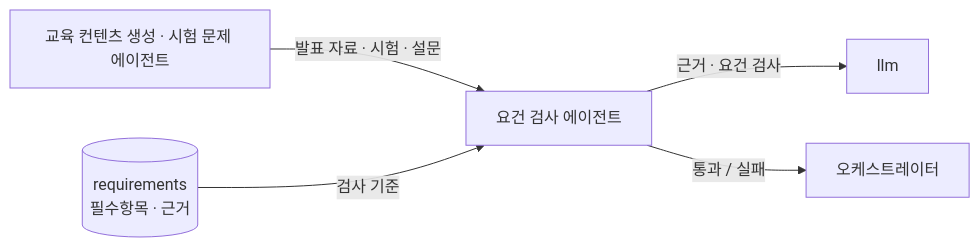
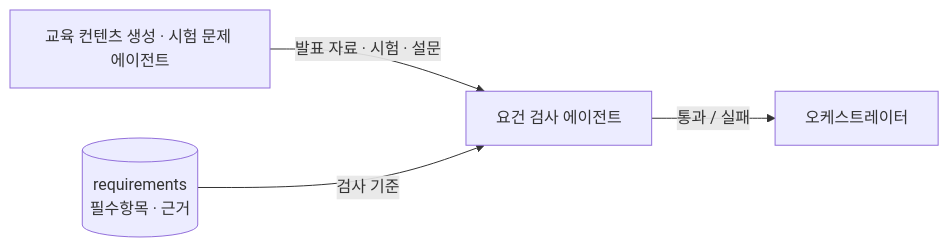
One commit to Doc-AI-Agent-development/Doc-AI-Agent-development.github.io changed the first of 2 diagrams in docs/agents/requirement_check.md. Above: the diagram before and after it, drawn with Mermaid. The commit also changed other lines of this file and 3 other files, not shown here.

First line of the commit message:
Refine 4 agent diagrams and wording

````diff
--- a/docs/agents/requirement_check.md
+++ b/docs/agents/requirement_check.md
@@ -25,7 +25,6 @@
 ```mermaid
 flowchart LR
     GEN["교육 컨텐츠 생성 · 시험 문제 에이전트"] -->|"발표 자료 · 시험 · 설문"| SVC["요건 검사 에이전트"]
     REQ[("requirements<br/>필수항목 · 근거")] -->|"검사 기준"| SVC
-    SVC -->|"근거 · 요건 검사"| LLM["llm"]
     SVC -->|"통과 / 실패"| ORCH["오케스트레이터"]
 ```
````
